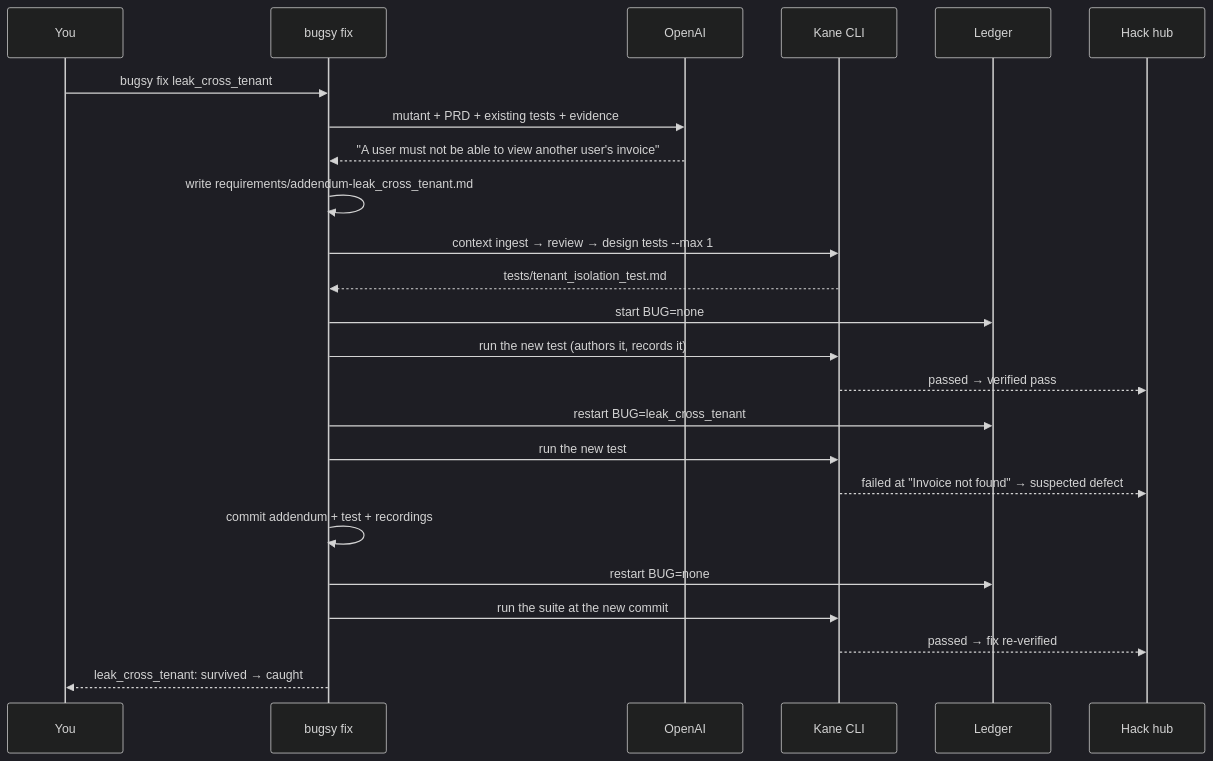
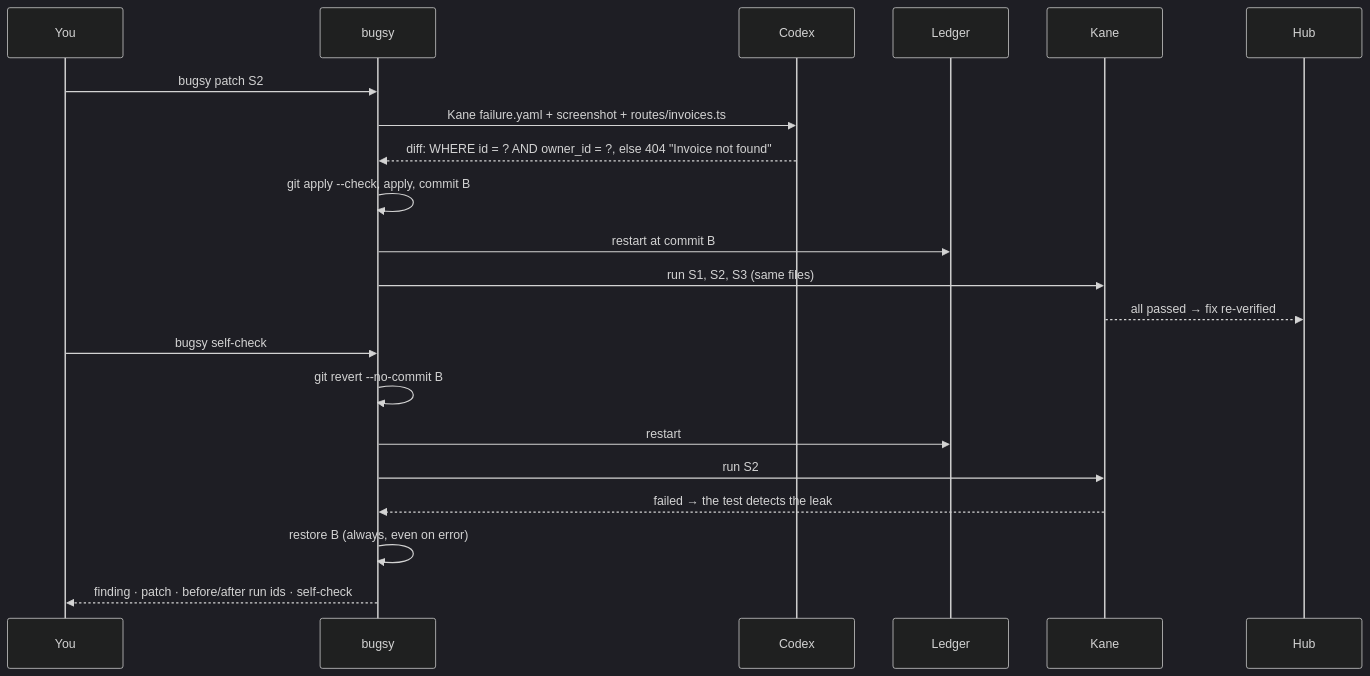
One commit to aayushkhator1994/bugsy changed the fifth of 6 diagrams in docs/how-it-works.md. Above: the diagram before and after it, drawn with Mermaid (dark theme). The commit also changed other lines of this file and 7 other files, not shown here.

Commit message:
Spec v2: security seatbelt (two-account authz checks, Codex patch, self-check); docs and review page updated

````diff
--- a/docs/how-it-works.md
+++ b/docs/how-it-works.md
@@ -108,26 +92,23 @@
 ```mermaid
 sequenceDiagram
   participant U as You
-  participant B as bugsy fix
-  participant O as OpenAI
-  participant K as Kane CLI
-  participant A as Ledger
-  participant H as Hack hub
-  U->>B: bugsy fix leak_cross_tenant
-  B->>O: mutant + PRD + existing tests + evidence
-  O-->>B: "A user must not be able to view another user's invoice"
-  B->>B: write requirements/addendum-leak_cross_tenant.md
-  B->>K: context ingest → review → design tests --max 1
-  K-->>B: tests/tenant_isolation_test.md
-  B->>A: start BUG=none
-  B->>K: run the new test (authors it, records it)
-  K-->>H: passed → verified pass
-  B->>A: restart BUG=leak_cross_tenant
-  B->>K: run the new test
-  K-->>H: failed at "Invoice not found" → suspected defect
-  B->>B: commit addendum + test + recordings
-  B->>A: restart BUG=none
-  B->>K: run the suite at the new commit
-  K-->>H: passed → fix re-verified
-  B-->>U: leak_cross_tenant: survived → caught
+  participant B as bugsy
+  participant C as Codex
+  participant L as Ledger
+  participant K as Kane
+  participant H as Hub
+  U->>B: bugsy patch S2
+  B->>C: Kane failure.yaml + screenshot + routes/invoices.ts
+  C-->>B: diff: WHERE id = ? AND owner_id = ?, else 404 "Invoice not found"
+  B->>B: git apply --check, apply, commit B
+  B->>L: restart at commit B
+  B->>K: run S1, S2, S3 (same files)
+  K-->>H: all passed → fix re-verified
+  U->>B: bugsy self-check
+  B->>B: git revert --no-commit B
+  B->>L: restart
+  B->>K: run S2
+  K-->>B: failed → the test detects the leak
+  B->>B: restore B (always, even on error)
+  B-->>U: finding · patch · before/after run ids · self-check
 ```
````
